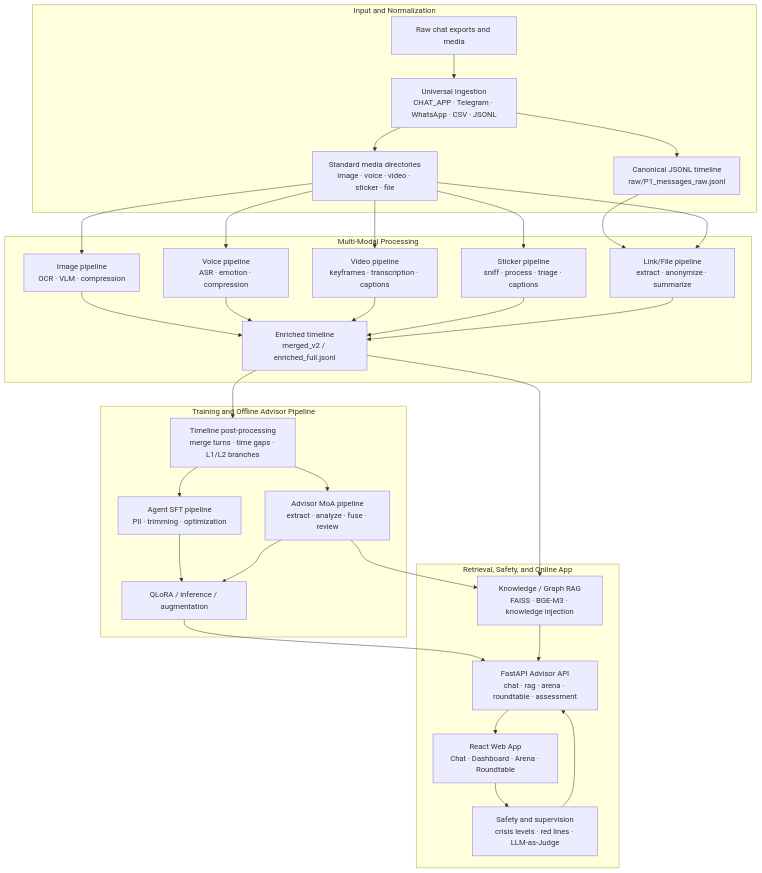
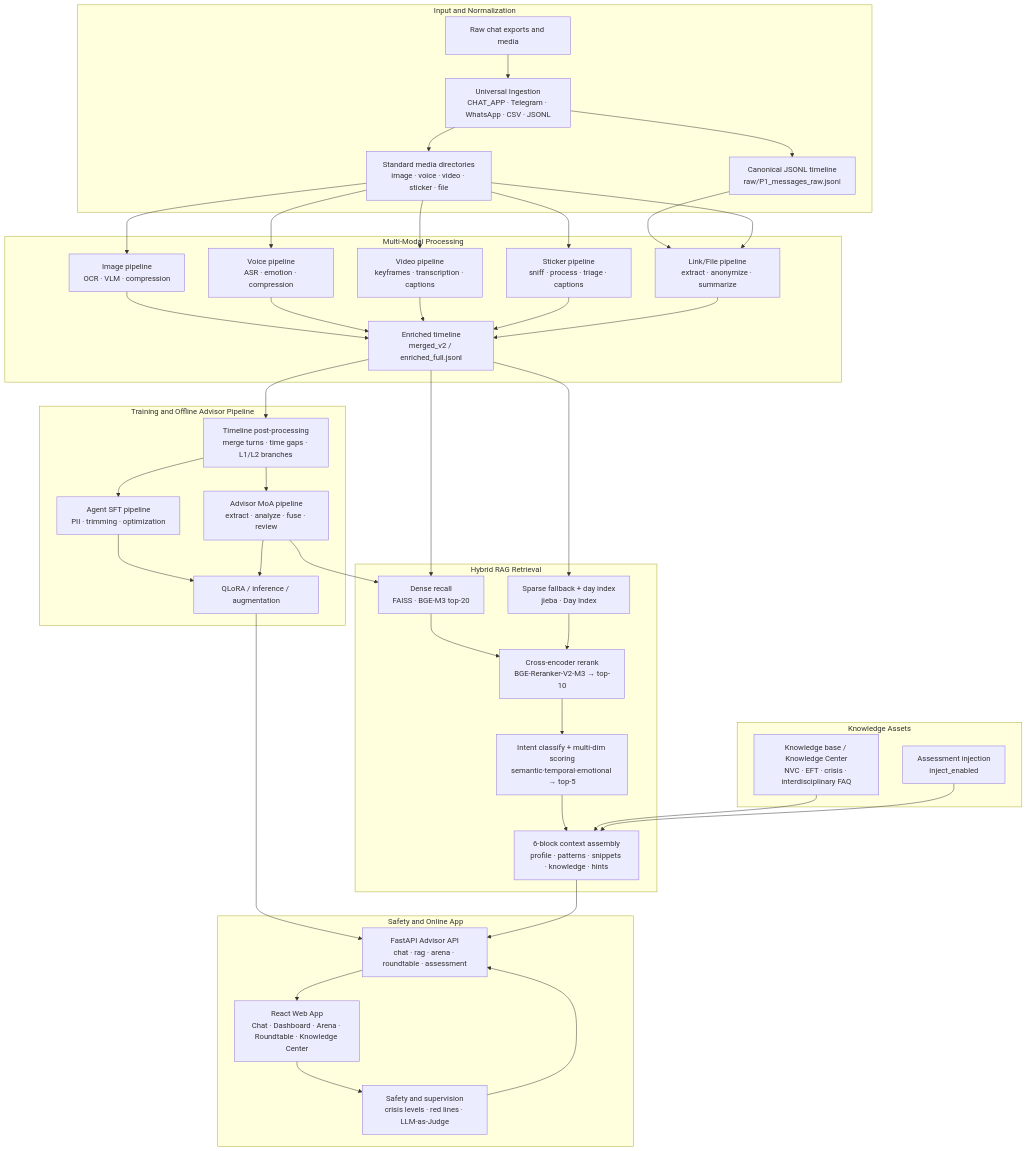
One commit to fortitudelucifer/Lens_opensource changed the diagram in README.md. Above: the diagram before and after it, drawn with Mermaid. The commit also changed other lines of this file and 33 other files, not shown here.

````diff
--- a/README.md
+++ b/README.md
@@ -67,59 +69,78 @@
 ```mermaid
 graph TB
     subgraph "Input and Normalization"
         A[Raw chat exports and media]
         B[Universal Ingestion<br/>CHAT_APP · Telegram · WhatsApp · CSV · JSONL]
         C[Canonical JSONL timeline<br/>raw/P1_messages_raw.jsonl]
         D[Standard media directories<br/>image · voice · video · sticker · file]
     end
 
     subgraph "Multi-Modal Processing"
         E1[Image pipeline<br/>OCR · VLM · compression]
         E2[Voice pipeline<br/>ASR · emotion · compression]
         E3[Video pipeline<br/>keyframes · transcription · captions]
         E4[Sticker pipeline<br/>sniff · process · triage · captions]
         E5[Link/File pipeline<br/>extract · anonymize · summarize]
         F[Enriched timeline<br/>merged_v2 / enriched_full.jsonl]
     end
 
     subgraph "Training and Offline Advisor Pipeline"
         G[Timeline post-processing<br/>merge turns · time gaps · L1/L2 branches]
         H[Agent SFT pipeline<br/>PII · trimming · optimization]
         I[Advisor MoA pipeline<br/>extract · analyze · fuse · review]
         J[QLoRA / inference / augmentation]
     end
 
-    subgraph "Retrieval, Safety, and Online App"
-        K[Knowledge / Graph RAG<br/>FAISS · BGE-M3 · knowledge injection]
+    subgraph "Knowledge Assets"
+        KB[Knowledge base / Knowledge Center<br/>NVC · EFT · crisis · interdisciplinary FAQ]
+        AS[Assessment injection<br/>inject_enabled]
+    end
+
+    subgraph "Hybrid RAG Retrieval"
+        K1[Dense recall<br/>FAISS · BGE-M3 top-20]
+        K2[Sparse fallback + day index<br/>jieba · Day Index]
+        K3[Cross-encoder rerank<br/>BGE-Reranker-V2-M3 → top-10]
+        K4[Intent classify + multi-dim scoring<br/>semantic·temporal·emotional → top-5]
+        K5[6-block context assembly<br/>profile · patterns · snippets · knowledge · hints]
+    end
+
+    subgraph "Safety and Online App"
         L[Safety and supervision<br/>crisis levels · red lines · LLM-as-Judge]
         M[FastAPI Advisor API<br/>chat · rag · arena · roundtable · assessment]
-        N[React Web App<br/>Chat · Dashboard · Arena · Roundtable]
+        N[React Web App<br/>Chat · Dashboard · Arena · Roundtable · Knowledge Center]
     end
 
     A --> B
     B --> C
     B --> D
     C --> E5
     D --> E1
     D --> E2
     D --> E3
     D --> E4
     D --> E5
     E1 --> F
     E2 --> F
     E3 --> F
     E4 --> F
     E5 --> F
     F --> G
     G --> H
     G --> I
     H --> J
     I --> J
-    F --> K
-    I --> K
+    F --> K1
+    F --> K2
+    I --> K1
+    K1 --> K3
+    K2 --> K3
+    K3 --> K4
+    K4 --> K5
+    KB --> K5
+    AS --> K5
     J --> M
-    K --> M
+    K5 --> M
     L --> M
     M --> N
     N --> L
 ```
````
